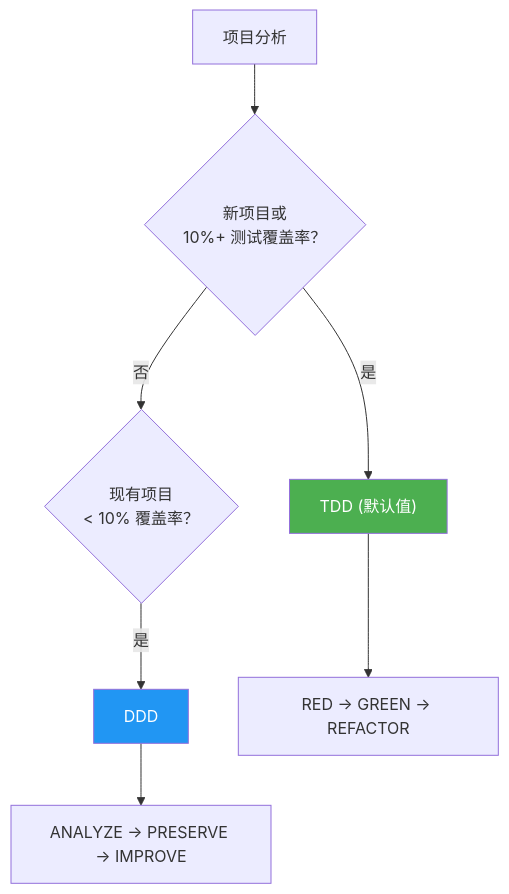
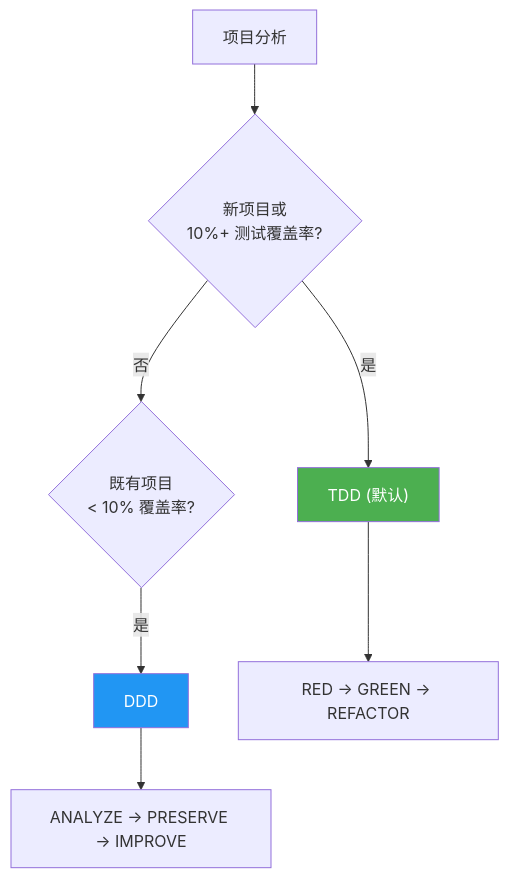
The second of 5 diagrams in docs-site/content/zh/core-concepts/what-is-moai-adk.md (modu-ai/moai-adk), drawn with Mermaid before and after one commit. The commit also changed other lines of this file and 180 other files, not shown here.

````diff
--- a/docs-site/content/zh/core-concepts/what-is-moai-adk.md
+++ b/docs-site/content/zh/core-concepts/what-is-moai-adk.md
@@ -195,12 +196,12 @@
 ```mermaid
 flowchart TD
-    A["项目分析"] --> B{"新项目或\n10%+ 测试覆盖率？"}
-    B -->|"是"| C["TDD (默认值)"]
-    B -->|"否"| D{"现有项目\n< 10% 覆盖率？"}
+    A["项目分析"] --> B{"新项目或\n10%+ 测试覆盖率?"}
+    B -->|"是"| C["TDD (默认)"]
+    B -->|"否"| D{"既有项目\n< 10% 覆盖率?"}
     D -->|"是"| E["DDD"]
     C --> F["RED → GREEN → REFACTOR"]
     E --> G["ANALYZE → PRESERVE → IMPROVE"]
 
     style C fill:#4CAF50,color:#fff
     style E fill:#2196F3,color:#fff
 ```
````
